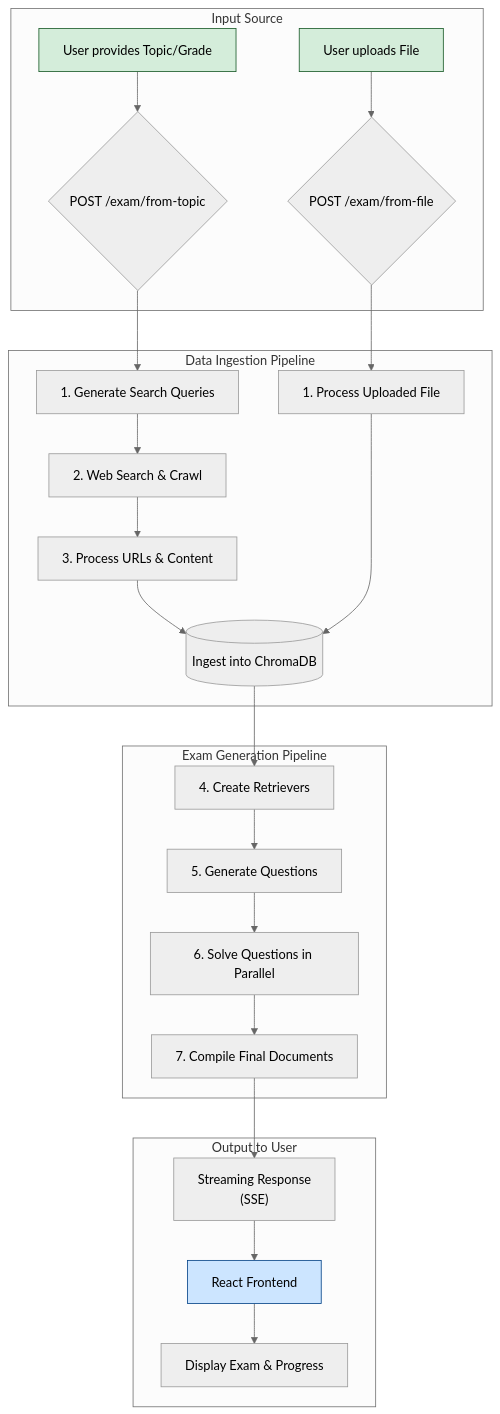
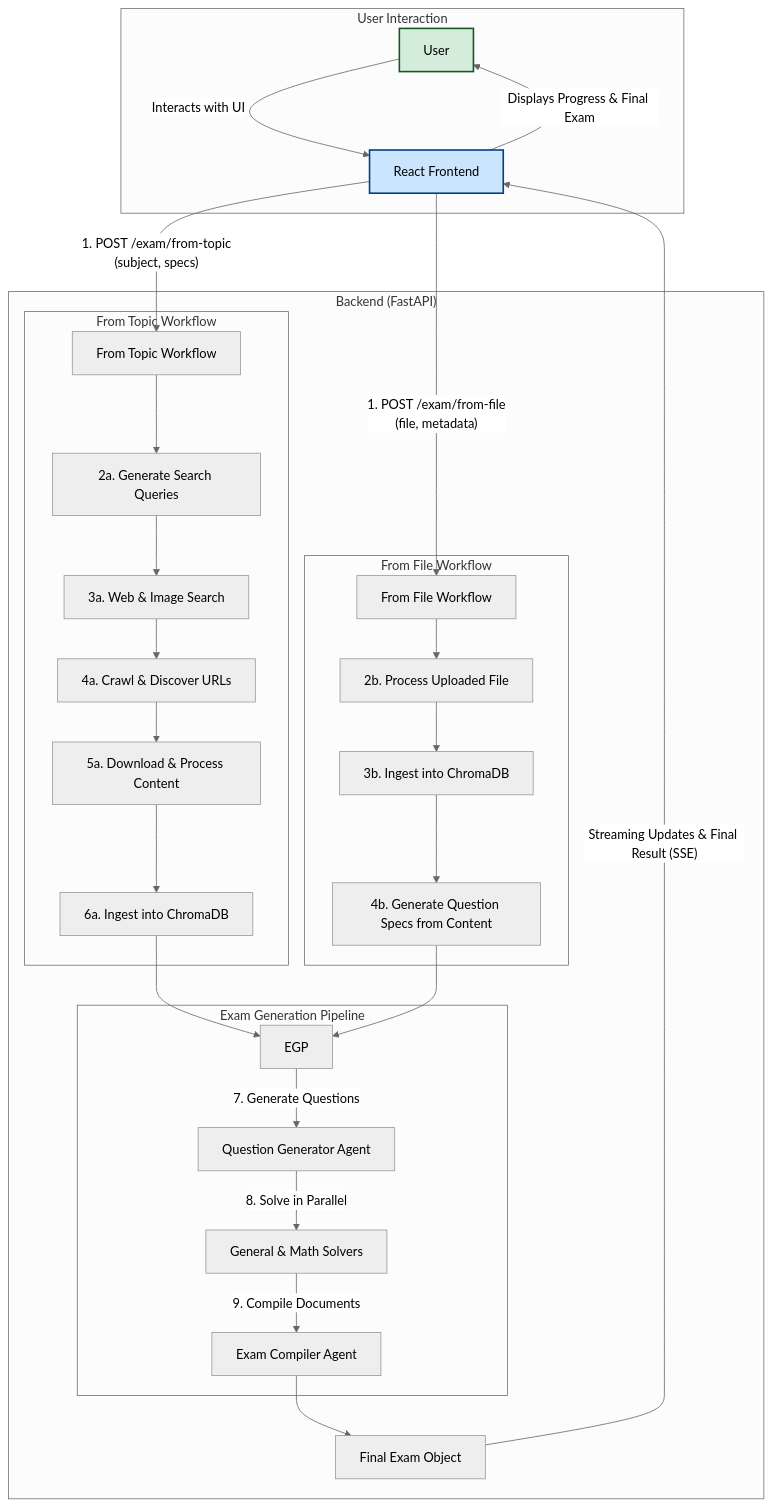
The diagram in README.md (Rah-Rah-Mitra/KaoGenie), drawn with Mermaid (neutral theme) before and after one commit.

````diff
--- a/README.md
+++ b/README.md
@@ -35,26 +35,41 @@
 ```mermaid
 graph TD
-    subgraph "Input Source"
-        UserInputTopic[User provides Topic/Grade] --> API_Topic{POST /exam/from-topic};
-        UserInputFile[User uploads File] --> API_File{POST /exam/from-file};
+    subgraph User Interaction
+        U[User] -- "Interacts with UI" --> FE[React Frontend]
     end
 
-    subgraph "Data Ingestion Pipeline"
-        API_Topic --> P1[1. Generate Search Queries] --> P2[2. Web Search & Crawl] --> P3[3. Process URLs & Content];
-        API_File --> P4[1. Process Uploaded File];
-        P3 --> IngestDB[(Ingest into ChromaDB)];
-        P4 --> IngestDB;
-    end
+    subgraph "Backend (FastAPI)"
+        FE -- "1. POST /exam/from-topic\n(subject, specs)" --> FT[From Topic Workflow]
+        FE -- "1. POST /exam/from-file\n(file, metadata)" --> FF[From File Workflow]
 
-    subgraph "Exam Generation Pipeline"
-        IngestDB --> P5[4. Create Retrievers] --> P6[5. Generate Questions] --> P7[6. Solve Questions in Parallel] --> P8[7. Compile Final Documents];
-    end
+        subgraph From Topic Workflow
+            FT --> QG["2a. Generate Search Queries"]
+            QG --> WS["3a. Web & Image Search"]
+            WS --> C["4a. Crawl & Discover URLs"]
+            C --> DP["5a. Download & Process Content"]
+            DP --> VSM_T["6a. Ingest into ChromaDB"]
+        end
 
-    subgraph "Output to User"
-        P8 --> Stream["Streaming Response\n(SSE)"] --> Frontend[React Frontend] --> FinalDisplay[Display Exam & Progress];
+        subgraph From File Workflow
+            FF --> UP["2b. Process Uploaded File"]
+            UP --> VSM_F["3b. Ingest into ChromaDB"]
+            VSM_F --> SPG["4b. Generate Question Specs from Content"]
+        end
+        
+        subgraph Exam Generation Pipeline
+            VSM_T --> EGP
+            SPG --> EGP
+            EGP -- "7. Generate Questions" --> QGA[Question Generator Agent]
+            QGA -- "8. Solve in Parallel" --> SOLV[General & Math Solvers]
+            SOLV -- "9. Compile Documents" --> COMP[Exam Compiler Agent]
+        end
+        
+        COMP --> FINAL[Final Exam Object]
     end
     
-    style UserInputTopic fill:#d4edda,stroke:#155724
-    style UserInputFile fill:#d4edda,stroke:#155724
-    style Frontend fill:#cce5ff,stroke:#004085
+    FINAL -- "Streaming Updates & Final Result (SSE)" --> FE
+    FE -- "Displays Progress & Final Exam" --> U
+
+    style U fill:#d4edda,stroke:#155724,stroke-width:2px
+    style FE fill:#cce5ff,stroke:#004085,stroke-width:2px
 ```
````
